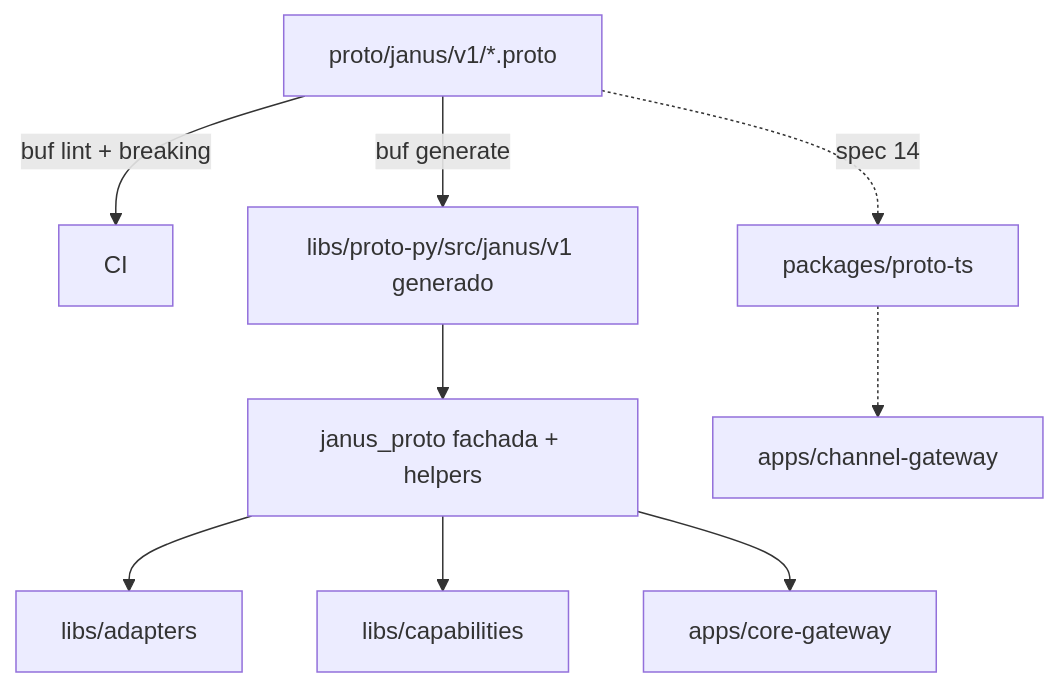
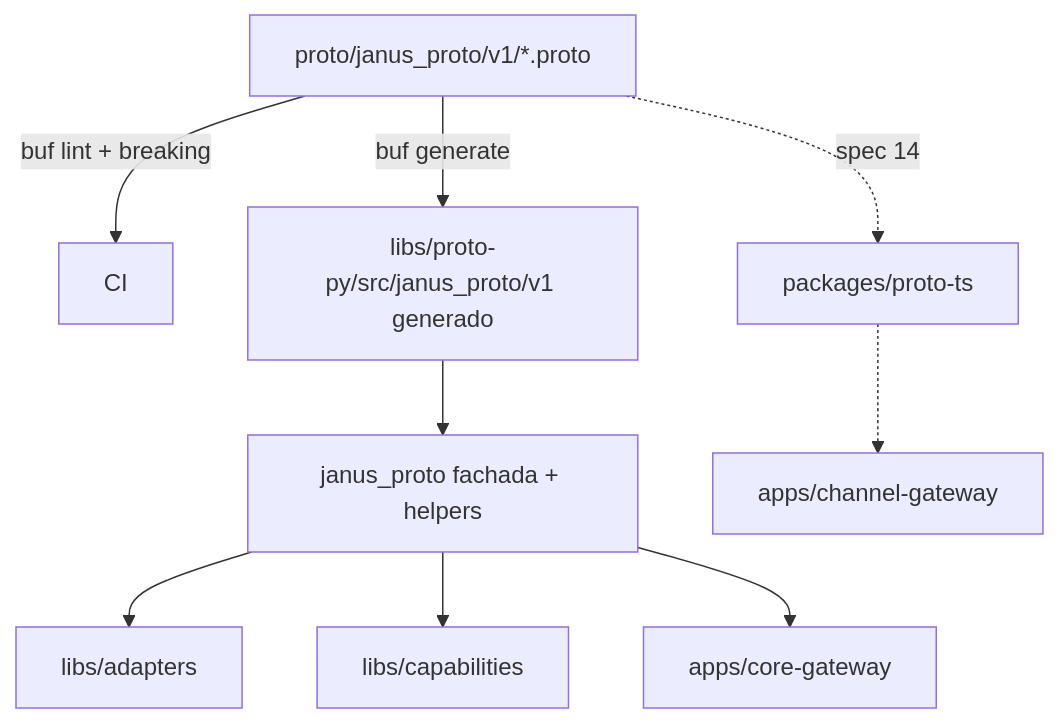
The diagram in docs/specs/spec-01-proto.md (Cetrei/janus), drawn with Mermaid before and after one commit. The commit also changed other lines of this file and 9 other files, not shown here.

````diff
--- a/docs/specs/spec-01-proto.md
+++ b/docs/specs/spec-01-proto.md
@@ -88,11 +88,11 @@
 ```mermaid
 flowchart TD
-    P[proto/janus/v1/*.proto] -->|buf lint + breaking| CI[CI]
-    P -->|buf generate| G[libs/proto-py/src/janus/v1 generado]
+    P[proto/janus_proto/v1/*.proto] -->|buf lint + breaking| CI[CI]
+    P -->|buf generate| G[libs/proto-py/src/janus_proto/v1 generado]
     G --> F[janus_proto fachada + helpers]
     F --> AD[libs/adapters]
     F --> CAP[libs/capabilities]
     F --> CORE[apps/core-gateway]
     P -.->|spec 14| TS[packages/proto-ts]
     TS -.-> CG[apps/channel-gateway]
 ```
````
